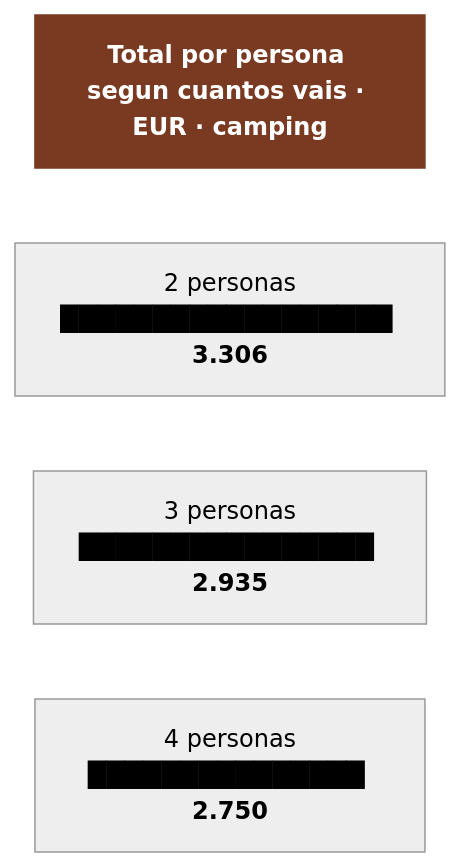
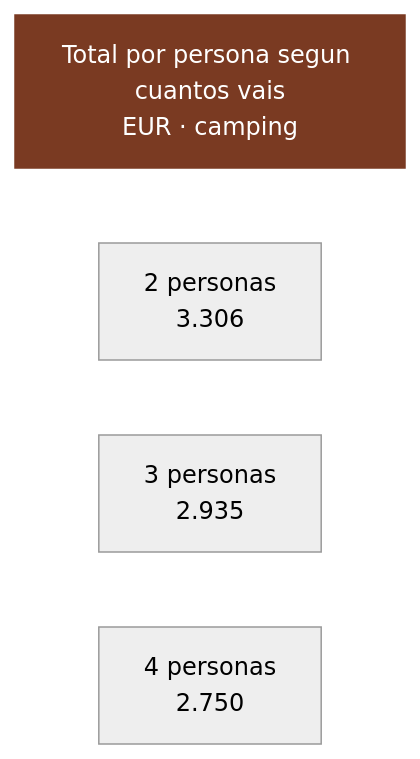
One commit to morandeirachema/namibia changed the fourth of 5 diagrams in 02-presupuesto.md. Above: the diagram before and after it, drawn with Mermaid (neutral theme). The commit also changed other lines of this file and 14 other files, not shown here.

Commit message:
Arreglar el renderizado de los diagramas en GitHub: fuera emojis, negritas y barras ASCII de dentro de los nodos, que descuadraban la medida y recortaban el texto

````diff
--- a/02-presupuesto.md
+++ b/02-presupuesto.md
@@ -312,11 +312,11 @@
 ```mermaid
 flowchart TD
-    T["<b>Total por persona segun cuantos vais · EUR · camping</b>"]
-    n0["2 personas<br/>██████████████████ <b>3.306</b>"]
-    n1["3 personas<br/>████████████████ <b>2.935</b>"]
-    n2["4 personas<br/>███████████████ <b>2.750</b>"]
+    T["Total por persona segun cuantos vais<br/>EUR · camping"]
+    n0["2 personas<br/>3.306"]
+    n1["3 personas<br/>2.935"]
+    n2["4 personas<br/>2.750"]
     T ~~~ n0
     n0 ~~~ n1
     n1 ~~~ n2
     style T fill:#7a3a22,color:#fff,stroke:#7a3a22
 ```
````
